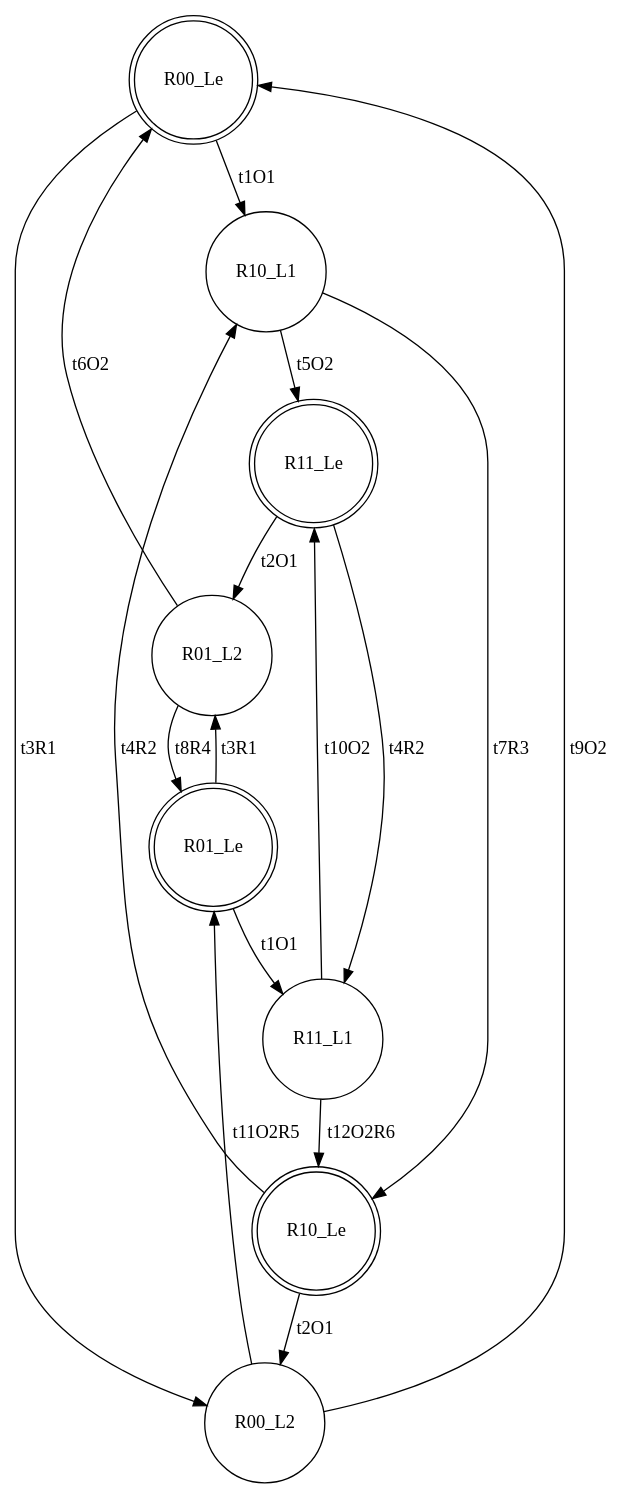
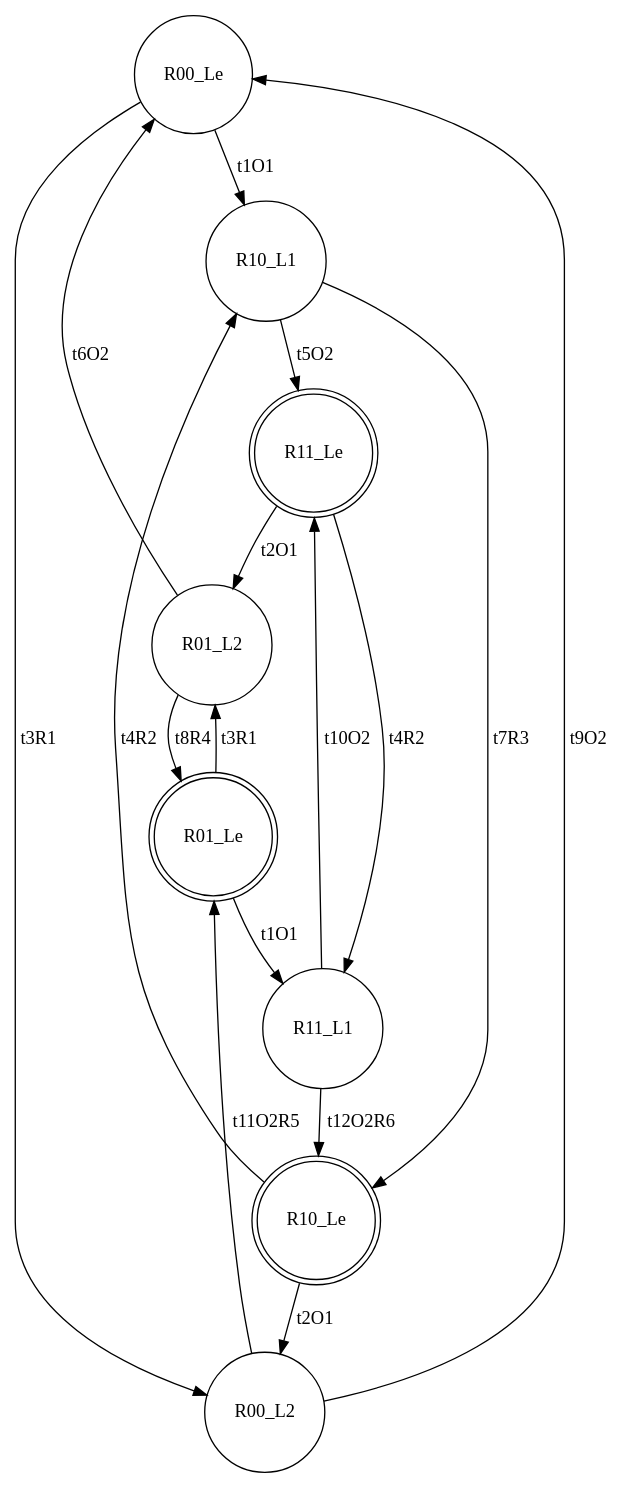
The diagram in input/s2_SC.dot (Stefano-BS/Explanatory-Diagnosis), drawn with Graphviz before and after one commit. The commit also changed 35 other files, not shown here.

```diff
--- a/input/s2_SC.dot
+++ b/input/s2_SC.dot
@@ -1,26 +1,26 @@
 digraph "SCinput/s2" {
-node [shape=doublecircle]; R00_Le ;
+node [shape=circle]; R00_Le ;
 node [shape=circle]; R10_L1 ;
 node [shape=doublecircle]; R11_Le ;
 node [shape=circle]; R01_L2 ;
 node [shape=doublecircle]; R01_Le ;
 node [shape=circle]; R11_L1 ;
 node [shape=doublecircle]; R10_Le ;
 node [shape=circle]; R00_L2 ;
 R00_Le -> R00_L2 [label=t3R1]
 R00_Le -> R10_L1 [label=t1O1]
 R10_L1 -> R10_Le [label=t7R3]
 R10_L1 -> R11_Le [label=t5O2]
 R11_Le -> R11_L1 [label=t4R2]
 R11_Le -> R01_L2 [label=t2O1]
 R01_L2 -> R01_Le [label=t8R4]
 R01_L2 -> R00_Le [label=t6O2]
 R01_Le -> R01_L2 [label=t3R1]
 R01_Le -> R11_L1 [label=t1O1]
 R11_L1 -> R10_Le [label=t12O2R6]
 R11_L1 -> R11_Le [label=t10O2]
 R10_Le -> R10_L1 [label=t4R2]
 R10_Le -> R00_L2 [label=t2O1]
 R00_L2 -> R01_Le [label=t11O2R5]
 R00_L2 -> R00_Le [label=t9O2]
 }
```
